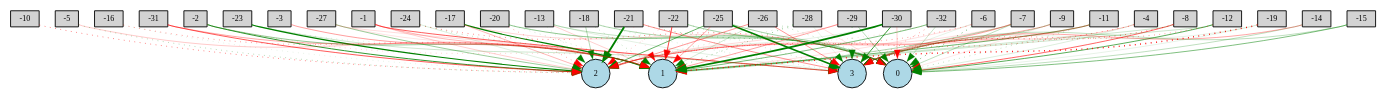
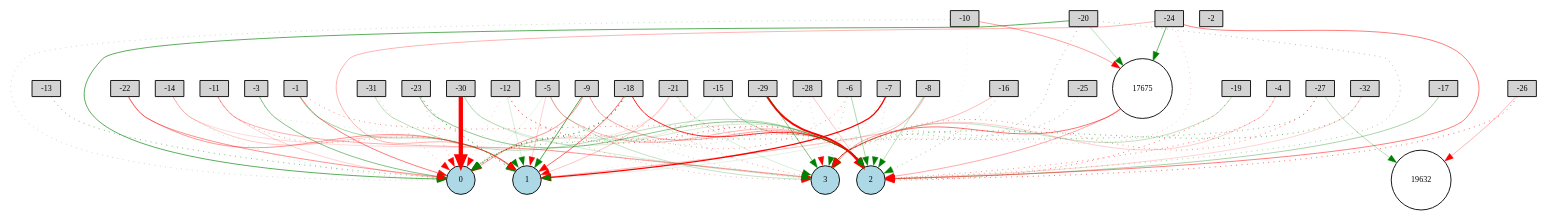
The diagram in Notebooks/Digraph.gv (Ja-Gk-00/NEAT_GAMING), drawn with Graphviz before and after one commit. The commit also changed 8 other files, not shown here.

```diff
--- a/Notebooks/Digraph.gv
+++ b/Notebooks/Digraph.gv
@@ -36,105 +36,96 @@
 	1 [fillcolor=lightblue style=filled]
 	2 [fillcolor=lightblue style=filled]
 	3 [fillcolor=lightblue style=filled]
-	-1 -> 1 [color=red penwidth=0.32356804699845765 style=solid]
-	-1 -> 2 [color=red penwidth=0.22128638114744725 style=solid]
-	-1 -> 3 [color=red penwidth=0.7117362885179587 style=solid]
-	-2 -> 1 [color=green penwidth=0.47369496542975953 style=solid]
-	-2 -> 2 [color=green penwidth=0.9115361976272958 style=solid]
-	-2 -> 3 [color=red penwidth=0.23933767265465275 style=dotted]
-	-3 -> 1 [color=red penwidth=0.4262790127416777 style=solid]
-	-4 -> 0 [color=green penwidth=0.16269899237643315 style=solid]
-	-4 -> 2 [color=red penwidth=0.5632563191964884 style=dotted]
-	-4 -> 3 [color=red penwidth=0.21629913180987476 style=solid]
-	-5 -> 1 [color=red penwidth=0.23849908309135245 style=solid]
-	-5 -> 2 [color=green penwidth=0.3397038246625626 style=dotted]
-	-6 -> 0 [color=green penwidth=0.6829893866585914 style=dotted]
-	-6 -> 1 [color=red penwidth=0.14081217863403633 style=solid]
-	-6 -> 2 [color=red penwidth=0.4667321079387434 style=dotted]
-	-6 -> 3 [color=green penwidth=0.10755453254387565 style=solid]
-	-7 -> 0 [color=green penwidth=0.29357822971743897 style=solid]
-	-7 -> 2 [color=red penwidth=0.1578131827515311 style=solid]
-	-8 -> 0 [color=red penwidth=0.6761330174875063 style=solid]
-	-8 -> 1 [color=green penwidth=0.22347657862590808 style=solid]
-	-8 -> 3 [color=red penwidth=0.6914847592558327 style=dotted]
-	-9 -> 0 [color=red penwidth=0.11340103750239401 style=solid]
-	-9 -> 1 [color=red penwidth=0.1889949788027209 style=dotted]
-	-9 -> 2 [color=red penwidth=0.3390829686834854 style=solid]
-	-9 -> 3 [color=green penwidth=0.31042225519616684 style=solid]
-	-10 -> 2 [color=red penwidth=0.5580328308200322 style=dotted]
-	-11 -> 0 [color=green penwidth=0.29957065072605876 style=dotted]
-	-11 -> 1 [color=green penwidth=0.6362142980162896 style=solid]
-	-11 -> 2 [color=red penwidth=0.24706454374212794 style=solid]
-	-11 -> 3 [color=red penwidth=0.24678459920949092 style=solid]
-	-12 -> 0 [color=green penwidth=0.731628063260399 style=solid]
-	-12 -> 1 [color=green penwidth=0.22567871563417702 style=solid]
-	-12 -> 3 [color=red penwidth=0.4945192155622805 style=dotted]
-	-13 -> 0 [color=green penwidth=0.27984604014231373 style=solid]
-	-13 -> 1 [color=red penwidth=0.21163866751924534 style=solid]
-	-13 -> 2 [color=green penwidth=0.213871069417719 style=dotted]
-	-13 -> 3 [color=green penwidth=0.12714840742564876 style=solid]
-	-14 -> 0 [color=green penwidth=0.28623495050897174 style=solid]
-	-14 -> 3 [color=red penwidth=0.38570447519855555 style=solid]
-	-15 -> 3 [color=green penwidth=0.28616582404724 style=solid]
-	-16 -> 1 [color=red penwidth=0.456802702543638 style=dotted]
-	-16 -> 2 [color=green penwidth=0.13435953118933616 style=dotted]
-	-17 -> 0 [color=red penwidth=0.19130286198282515 style=solid]
-	-17 -> 1 [color=green penwidth=1.2550818201632559 style=solid]
-	-17 -> 2 [color=red penwidth=0.3189006340984043 style=solid]
-	-18 -> 0 [color=green penwidth=0.35883500109736044 style=solid]
-	-18 -> 1 [color=green penwidth=0.29213656901832613 style=dotted]
-	-18 -> 2 [color=green penwidth=0.3205099612035021 style=solid]
-	-18 -> 3 [color=green penwidth=0.19194872124830603 style=dotted]
-	-19 -> 0 [color=green penwidth=0.1102019637559102 style=solid]
-	-19 -> 1 [color=red penwidth=1.5489170623596697 style=dotted]
-	-19 -> 3 [color=green penwidth=0.11019549723363185 style=solid]
-	-20 -> 0 [color=green penwidth=0.503050322476045 style=solid]
-	-20 -> 1 [color=green penwidth=0.22017867382894057 style=dotted]
-	-20 -> 2 [color=red penwidth=0.40097916508450204 style=dotted]
-	-21 -> 0 [color=green penwidth=0.4404592570000897 style=dotted]
-	-21 -> 1 [color=red penwidth=0.20485285893628097 style=dotted]
-	-21 -> 2 [color=green penwidth=2.112296435942255 style=solid]
-	-22 -> 0 [color=green penwidth=0.37984578880243913 style=solid]
-	-22 -> 1 [color=red penwidth=0.8101814860468061 style=solid]
-	-22 -> 2 [color=red penwidth=0.2808508612985376 style=dotted]
-	-22 -> 3 [color=green penwidth=0.2627685050123728 style=dotted]
-	-23 -> 1 [color=green penwidth=0.16435079249872275 style=dotted]
-	-23 -> 2 [color=green penwidth=1.2354493933019028 style=solid]
-	-23 -> 3 [color=green penwidth=0.21643247330343351 style=solid]
-	-24 -> 0 [color=red penwidth=0.5408366140964664 style=dotted]
-	-24 -> 1 [color=green penwidth=0.2879464654445748 style=dotted]
-	-24 -> 2 [color=green penwidth=0.15083371054567343 style=solid]
-	-25 -> 0 [color=green penwidth=0.38657544735961535 style=solid]
-	-25 -> 2 [color=green penwidth=0.6576809465031205 style=solid]
-	-25 -> 3 [color=green penwidth=1.782968330817463 style=solid]
-	-26 -> 0 [color=green penwidth=0.30771966921045235 style=dotted]
-	-26 -> 1 [color=green penwidth=0.19847064522200963 style=solid]
-	-26 -> 2 [color=red penwidth=0.4637014198088374 style=solid]
-	-26 -> 3 [color=red penwidth=0.45727550304987985 style=solid]
-	-27 -> 1 [color=red penwidth=0.12651340624414195 style=solid]
-	-27 -> 2 [color=green penwidth=0.4380331263514453 style=solid]
-	-27 -> 3 [color=red penwidth=0.1573702552797217 style=solid]
-	-28 -> 0 [color=red penwidth=0.14645266356019265 style=solid]
-	-28 -> 1 [color=green penwidth=0.4971173591154111 style=dotted]
-	-28 -> 2 [color=green penwidth=0.20162191826589276 style=dotted]
-	-28 -> 3 [color=green penwidth=0.10240488338114355 style=solid]
-	-29 -> 0 [color=green penwidth=0.3176239486283198 style=solid]
-	-29 -> 1 [color=red penwidth=0.4068860874117466 style=solid]
-	-29 -> 2 [color=red penwidth=0.16995989160178554 style=solid]
-	-29 -> 3 [color=green penwidth=0.45598140429644274 style=dotted]
-	-30 -> 0 [color=red penwidth=0.21897391931440208 style=solid]
-	-30 -> 1 [color=green penwidth=1.9508153762289187 style=solid]
-	-30 -> 2 [color=green penwidth=0.12284000136876654 style=solid]
-	-30 -> 3 [color=green penwidth=0.8719366344690757 style=solid]
-	-31 -> 1 [color=red penwidth=0.38731467384488794 style=solid]
-	-31 -> 2 [color=red penwidth=0.7340058897096301 style=solid]
-	-32 -> 0 [color=green penwidth=0.241371086814666 style=solid]
-	-32 -> 1 [color=green penwidth=0.5758071897244389 style=solid]
-	-32 -> 2 [color=red penwidth=0.16659627185819065 style=dotted]
-	-32 -> 3 [color=red penwidth=0.4074831276837151 style=dotted]
-	-25 -> 1 [color=red penwidth=0.3845815283129933 style=solid]
-	-7 -> 3 [color=red penwidth=0.4059026424764448 style=solid]
-	-7 -> 1 [color=green penwidth=0.35499186552132644 style=solid]
-	-21 -> 3 [color=red penwidth=0.4785687971952872 style=solid]
-	-15 -> 0 [color=green penwidth=0.5643419453288356 style=solid]
+	17675 [fillcolor=white style=filled]
+	19632 [fillcolor=white style=filled]
+	-1 -> 1 [color=green penwidth=0.3750619816079851 style=solid]
+	-1 -> 2 [color=red penwidth=0.5791837728542493 style=dotted]
+	-3 -> 0 [color=green penwidth=0.5498700827494134 style=solid]
+	-3 -> 3 [color=green penwidth=0.20259057232094282 style=dotted]
+	-4 -> 2 [color=red penwidth=0.5898164111176584 style=dotted]
+	-4 -> 3 [color=red penwidth=0.2242142790627914 style=solid]
+	-5 -> 1 [color=red penwidth=0.20753868857901409 style=solid]
+	-5 -> 3 [color=green penwidth=0.26185129422273123 style=solid]
+	-6 -> 0 [color=red penwidth=0.5200421382728531 style=dotted]
+	-6 -> 2 [color=green penwidth=0.35719937704132 style=solid]
+	-6 -> 3 [color=green penwidth=0.35431373708569447 style=dotted]
+	-7 -> 2 [color=green penwidth=0.26272100590515296 style=dotted]
+	-7 -> 3 [color=green penwidth=0.35954130727288036 style=dotted]
+	-8 -> 1 [color=green penwidth=0.11806641339084109 style=solid]
+	-8 -> 2 [color=green penwidth=0.2945763604686388 style=solid]
+	-8 -> 3 [color=red penwidth=0.40032664867692536 style=solid]
+	-9 -> 0 [color=red penwidth=0.4591519155096765 style=solid]
+	-9 -> 1 [color=green penwidth=0.7652778460886729 style=solid]
+	-9 -> 2 [color=red penwidth=0.4003575257905323 style=solid]
+	-9 -> 3 [color=green penwidth=0.3194105011876668 style=dotted]
+	-10 -> 0 [color=green penwidth=0.2820513055405225 style=dotted]
+	-10 -> 3 [color=green penwidth=0.1075518463835823 style=dotted]
+	-11 -> 0 [color=red penwidth=0.20266439150757193 style=solid]
+	-11 -> 1 [color=red penwidth=0.519133456463394 style=dotted]
+	-11 -> 3 [color=red penwidth=0.35189682850279125 style=solid]
+	-12 -> 1 [color=green penwidth=0.1719108124916642 style=solid]
+	-12 -> 2 [color=red penwidth=0.7991133568100617 style=dotted]
+	-12 -> 3 [color=red penwidth=0.40334440503914437 style=dotted]
+	-13 -> 0 [color=green penwidth=0.6226970508856203 style=dotted]
+	-14 -> 0 [color=green penwidth=0.24512774057251646 style=dotted]
+	-14 -> 3 [color=red penwidth=0.17487661141117625 style=solid]
+	-15 -> 2 [color=green penwidth=0.34961172305701804 style=solid]
+	-16 -> 1 [color=red penwidth=0.3089145624341858 style=solid]
+	-16 -> 2 [color=green penwidth=0.4763569648741798 style=dotted]
+	-17 -> 2 [color=green penwidth=0.3750512467433622 style=solid]
+	-18 -> 0 [color=green penwidth=1.174848486499384 style=dotted]
+	-18 -> 1 [color=red penwidth=0.6652337083690111 style=solid]
+	-18 -> 2 [color=red penwidth=0.9546959791623336 style=solid]
+	-18 -> 3 [color=red penwidth=0.4722571402380582 style=dotted]
+	-19 -> 2 [color=red penwidth=0.6121364094449758 style=dotted]
+	-19 -> 3 [color=green penwidth=0.2727094582729117 style=solid]
+	-20 -> 0 [color=green penwidth=0.7246727396061224 style=solid]
+	-20 -> 2 [color=green penwidth=0.4368311877140556 style=dotted]
+	-21 -> 1 [color=red penwidth=0.260668626519171 style=solid]
+	-22 -> 0 [color=red penwidth=0.4898504460313934 style=solid]
+	-22 -> 1 [color=red penwidth=0.4737575607384954 style=solid]
+	-23 -> 0 [color=red penwidth=0.3681218955824481 style=dotted]
+	-23 -> 1 [color=green penwidth=0.983696498104368 style=dotted]
+	-23 -> 2 [color=green penwidth=0.4998047279274975 style=solid]
+	-24 -> 1 [color=red penwidth=0.3378068702869326 style=solid]
+	-25 -> 3 [color=green penwidth=0.48972898901606 style=dotted]
+	-26 -> 2 [color=red penwidth=0.7197009976610363 style=dotted]
+	-27 -> 0 [color=green penwidth=0.5973067695471832 style=dotted]
+	-27 -> 3 [color=red penwidth=0.5519593550993752 style=dotted]
+	-28 -> 2 [color=red penwidth=0.27080931817007714 style=solid]
+	-28 -> 3 [color=red penwidth=0.2530485414159265 style=dotted]
+	-29 -> 0 [color=green penwidth=0.24702752251912224 style=dotted]
+	-29 -> 1 [color=green penwidth=0.18454269807705664 style=dotted]
+	-29 -> 2 [color=red penwidth=2.2666324595923486 style=solid]
+	-29 -> 3 [color=green penwidth=0.545111084084503 style=solid]
+	-30 -> 0 [color=red penwidth=4.824347780630319 style=solid]
+	-30 -> 1 [color=green penwidth=0.1376469601778295 style=dotted]
+	-31 -> 0 [color=red penwidth=0.3258302296850995 style=dotted]
+	-31 -> 2 [color=green penwidth=0.30712685636193093 style=solid]
+	-32 -> 2 [color=red penwidth=0.19770742600968333 style=solid]
+	-7 -> 1 [color=red penwidth=1.5287217760838727 style=solid]
+	-5 -> 2 [color=red penwidth=0.32584206267869775 style=solid]
+	-27 -> 2 [color=red penwidth=0.15036058997381269 style=dotted]
+	-24 -> 2 [color=red penwidth=0.5734785878388807 style=solid]
+	-32 -> 3 [color=green penwidth=0.7123067784662017 style=dotted]
+	-28 -> 0 [color=green penwidth=0.311263389205212 style=dotted]
+	-21 -> 2 [color=red penwidth=0.5402131569467203 style=dotted]
+	-20 -> 3 [color=green penwidth=0.5057583570379721 style=dotted]
+	-14 -> 1 [color=red penwidth=0.23620537445627632 style=solid]
+	-12 -> 0 [color=red penwidth=0.2552528660510939 style=dotted]
+	-15 -> 0 [color=green penwidth=0.14202971781730792 style=solid]
+	-24 -> 3 [color=red penwidth=0.2890592279345038 style=dotted]
+	-20 -> 17675 [color=green penwidth=0.3055126845465342 style=solid]
+	17675 -> 3 [color=red penwidth=0.6256776511432286 style=solid]
+	-21 -> 0 [color=red penwidth=0.13357452978008083 style=solid]
+	-1 -> 0 [color=red penwidth=0.5876192826653518 style=solid]
+	-30 -> 2 [color=green penwidth=0.18192902488505097 style=solid]
+	-10 -> 17675 [color=red penwidth=0.41967687340446824 style=solid]
+	-24 -> 17675 [color=green penwidth=0.6536826304165312 style=solid]
+	-30 -> 3 [color=green penwidth=0.18614488709944157 style=solid]
+	17675 -> 2 [color=red penwidth=0.37557933830822776 style=solid]
+	-27 -> 19632 [color=green penwidth=0.305457309832514 style=solid]
+	-5 -> 0 [color=green penwidth=0.10167561225702786 style=solid]
+	-21 -> 3 [color=green penwidth=0.16421617434345395 style=solid]
+	-26 -> 19632 [color=red penwidth=0.3251862217528305 style=solid]
 }
```
